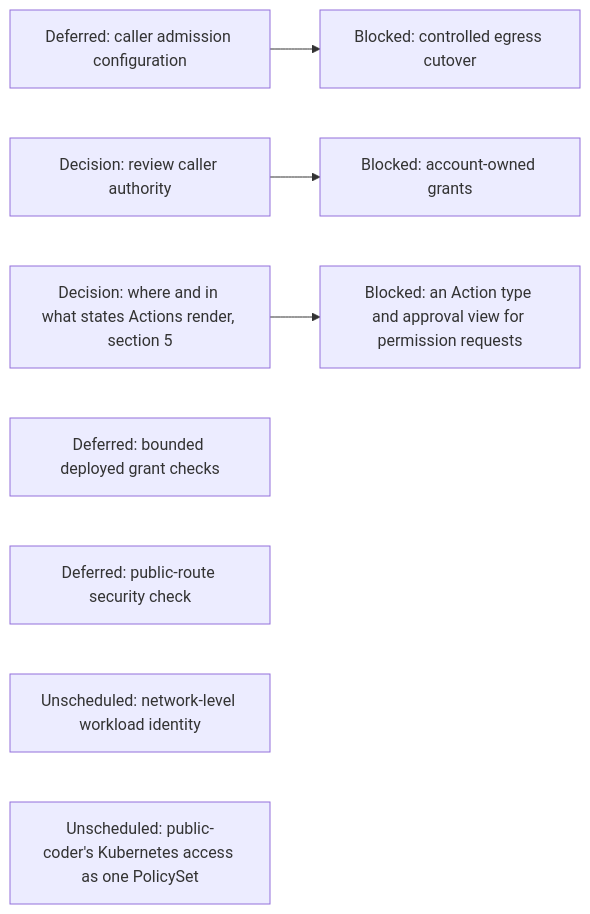
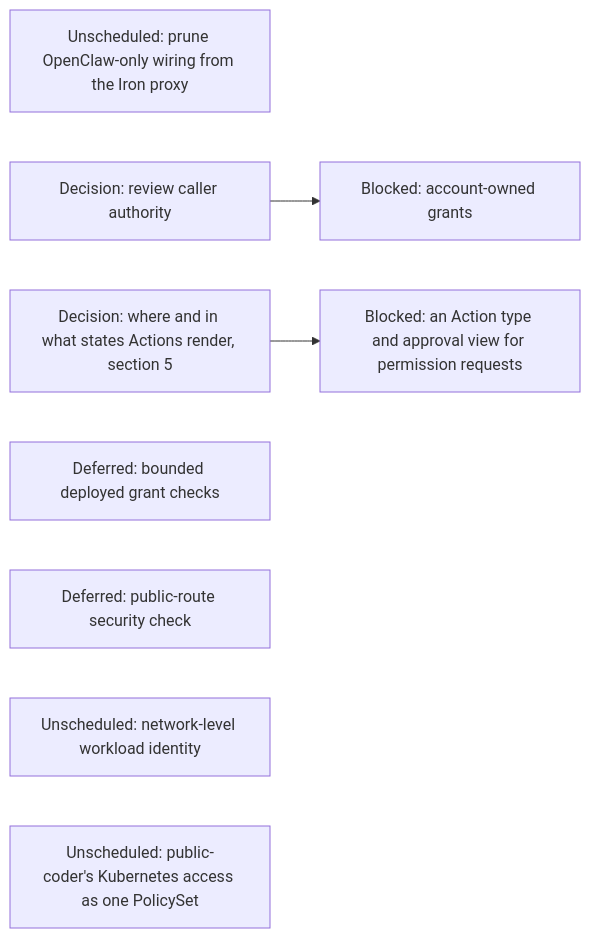
One commit to agentydragon-agent/ducktape changed the ninth of 16 diagrams in agentplane/plans/task_dag.md. Above: the diagram before and after it, drawn with Mermaid. The commit also changed other lines of this file and 18 other files, not shown here.

````diff
--- a/agentplane/plans/task_dag.md
+++ b/agentplane/plans/task_dag.md
@@ -788,12 +827,12 @@
 ```mermaid
 flowchart LR
-    PC_EGRESS_CREDENTIALS[Deferred: caller admission configuration] --> PC_EGRESS[Blocked: controlled egress cutover]
+    PC_EGRESS[Unscheduled: prune OpenClaw-only wiring from the Iron proxy]
     CLAUDE_AI_SA[Decision: review caller authority] --> MANAGED_SA_RBAC[Blocked: account-owned grants]
     AGENT_PERMISSION_REQUESTS[Blocked: an Action type and approval view for permission requests]
     ACTION_SURFACES_DESIGN[Decision: where and in what states Actions render, section 5]
     ACTION_SURFACES_DESIGN --> AGENT_PERMISSION_REQUESTS
     SANDBOX_RBAC[Deferred: bounded deployed grant checks]
     NOTIFICATION_INGRESS_BOUNDARY[Deferred: public-route security check]
     NETWORK_WORKLOAD_IDENTITY[Unscheduled: network-level workload identity]
     PC_KUBERNETES_POLICY_SET[Unscheduled: public-coder's Kubernetes access as one PolicySet]
 ```
````
